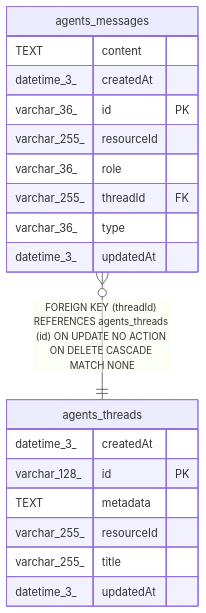
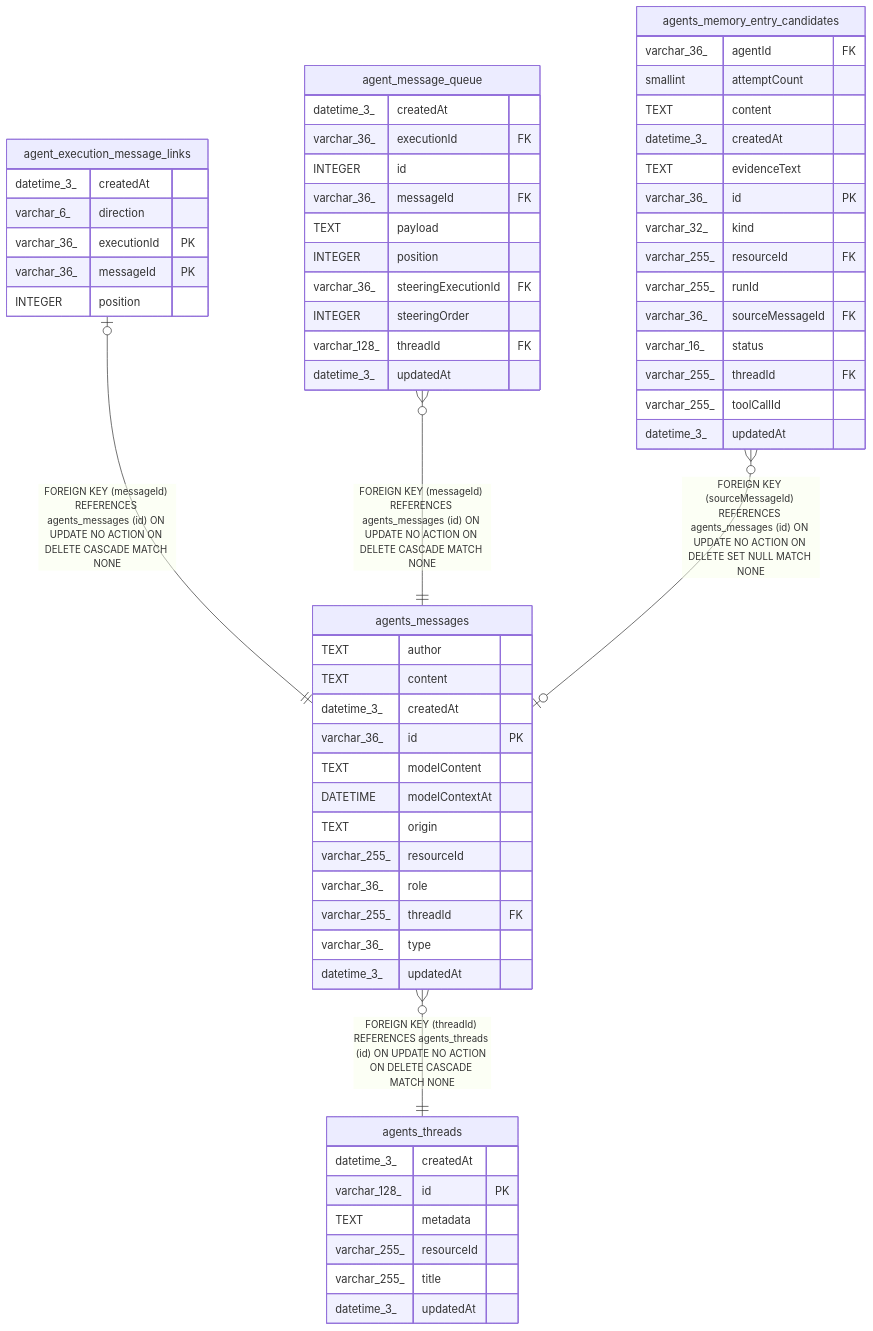
Before and after one commit to koreatest12/studys: the diagram in n8n_integration/n8n_source/docs/generated/sqlite-schema/agents_messages.md, drawn with Mermaid. The commit also changed other lines of this file and 23019 other files, not shown here.

````diff
--- a/n8n_integration/n8n_source/docs/generated/sqlite-schema/agents_messages.md
+++ b/n8n_integration/n8n_source/docs/generated/sqlite-schema/agents_messages.md
@@ -45,24 +51,66 @@
 ```mermaid
 erDiagram
 
+"agent_execution_message_links" |o--|| "agents_messages" : "FOREIGN KEY (messageId) REFERENCES agents_messages (id) ON UPDATE NO ACTION ON DELETE CASCADE MATCH NONE"
+"agent_message_queue" }o--|| "agents_messages" : "FOREIGN KEY (messageId) REFERENCES agents_messages (id) ON UPDATE NO ACTION ON DELETE CASCADE MATCH NONE"
+"agents_memory_entry_candidates" }o--o| "agents_messages" : "FOREIGN KEY (sourceMessageId) REFERENCES agents_messages (id) ON UPDATE NO ACTION ON DELETE SET NULL MATCH NONE"
 "agents_messages" }o--|| "agents_threads" : "FOREIGN KEY (threadId) REFERENCES agents_threads (id) ON UPDATE NO ACTION ON DELETE CASCADE MATCH NONE"
 
 "agents_messages" {
+  TEXT author
   TEXT content
   datetime_3_ createdAt
   varchar_36_ id PK
+  TEXT modelContent
+  DATETIME modelContextAt
+  TEXT origin
   varchar_255_ resourceId
   varchar_36_ role
   varchar_255_ threadId FK
   varchar_36_ type
+  datetime_3_ updatedAt
+}
+"agent_execution_message_links" {
+  datetime_3_ createdAt
+  varchar_6_ direction
+  varchar_36_ executionId PK
+  varchar_36_ messageId PK
+  INTEGER position
+}
+"agent_message_queue" {
+  datetime_3_ createdAt
+  varchar_36_ executionId FK
+  INTEGER id
+  varchar_36_ messageId FK
+  TEXT payload
+  INTEGER position
+  varchar_36_ steeringExecutionId FK
+  INTEGER steeringOrder
+  varchar_128_ threadId FK
+  datetime_3_ updatedAt
+}
+"agents_memory_entry_candidates" {
+  varchar_36_ agentId FK
+  smallint attemptCount
+  TEXT content
+  datetime_3_ createdAt
+  TEXT evidenceText
+  varchar_36_ id PK
+  varchar_32_ kind
+  varchar_255_ resourceId FK
+  varchar_255_ runId
+  varchar_36_ sourceMessageId FK
+  varchar_16_ status
+  varchar_255_ threadId FK
+  varchar_255_ toolCallId
   datetime_3_ updatedAt
 }
 "agents_threads" {
   datetime_3_ createdAt
   varchar_128_ id PK
   TEXT metadata
   varchar_255_ resourceId
   varchar_255_ title
   datetime_3_ updatedAt
 }
 ```
````
